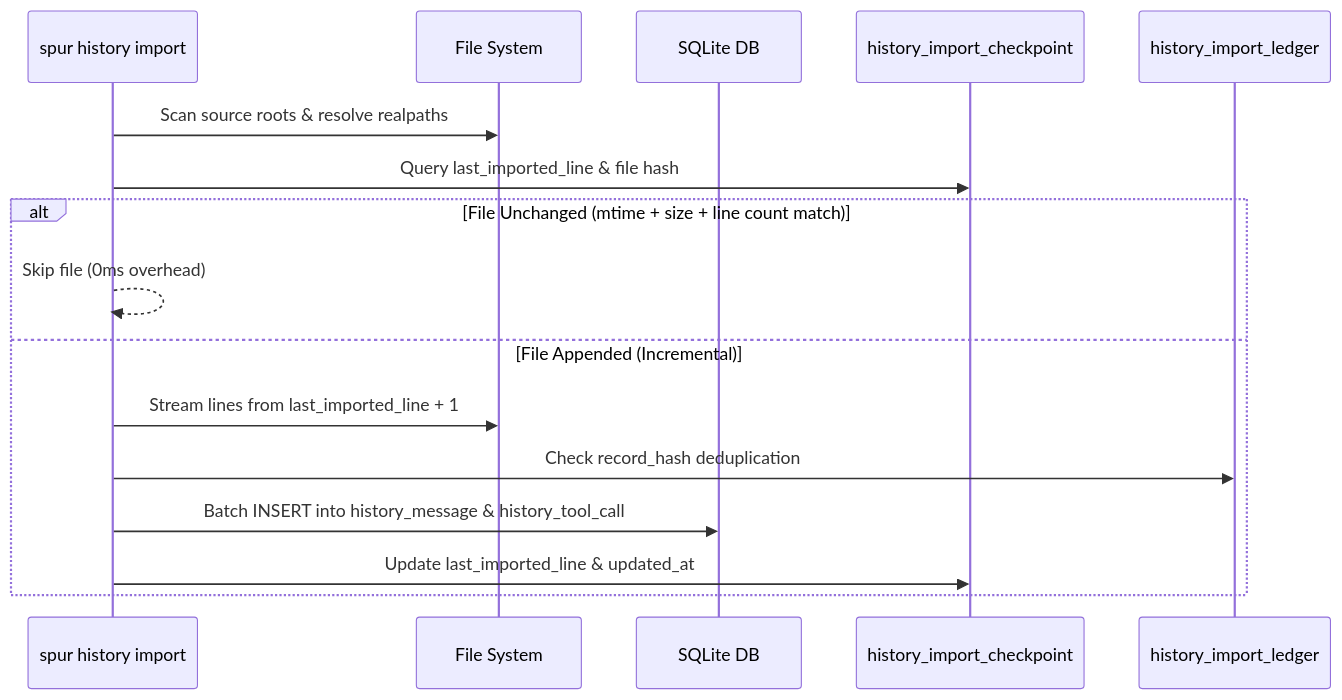
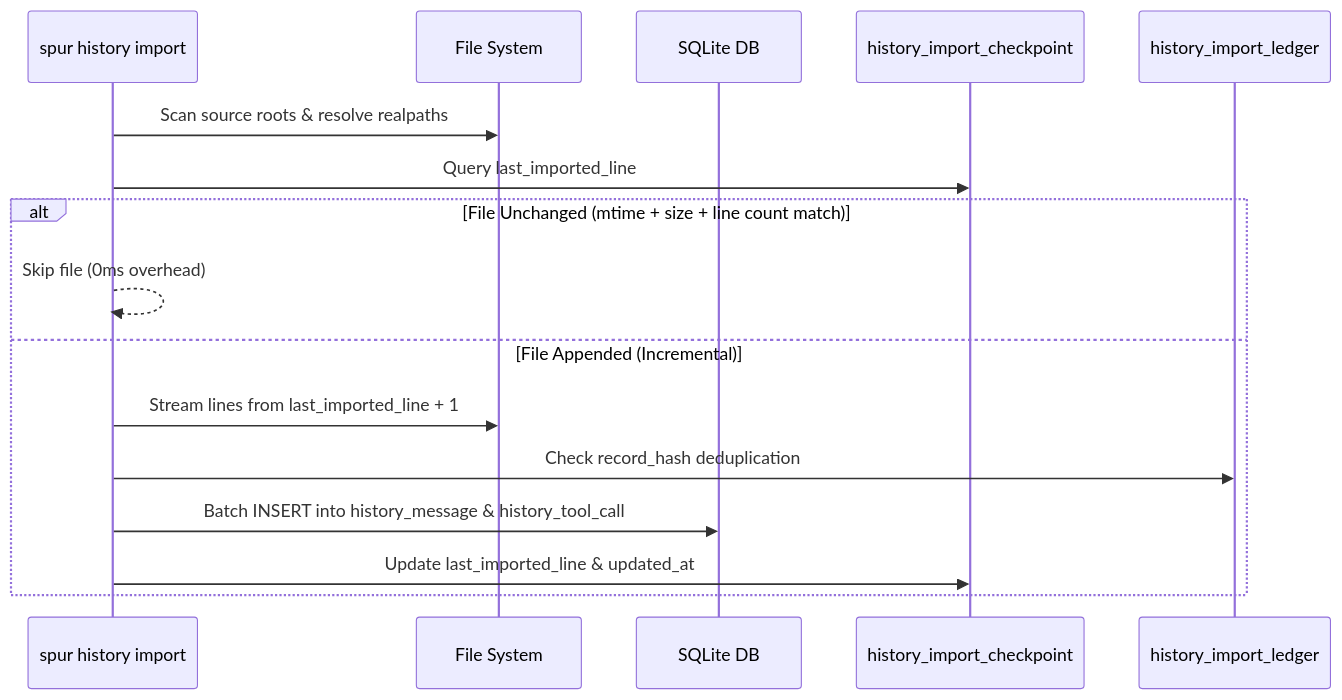
The second of 4 diagrams in docs/design/history-data-processing.md (gobing-ai/spur), drawn with Mermaid before and after one commit. The commit also changed other lines of this file and 8 other files, not shown here.

````diff
--- a/docs/design/history-data-processing.md
+++ b/docs/design/history-data-processing.md
@@ -78,19 +78,19 @@
 ```mermaid
 sequenceDiagram
     participant CLI as spur history import
     participant FS as File System
     participant DB as SQLite DB
     participant CK as history_import_checkpoint
     participant LD as history_import_ledger
 
     CLI->>FS: Scan source roots & resolve realpaths
-    CLI->>CK: Query last_imported_line & file hash
+    CLI->>CK: Query last_imported_line
     alt File Unchanged (mtime + size + line count match)
         CLI-->>CLI: Skip file (0ms overhead)
     else File Appended (Incremental)
         CLI->>FS: Stream lines from last_imported_line + 1
         CLI->>LD: Check record_hash deduplication
         CLI->>DB: Batch INSERT into history_message & history_tool_call
         CLI->>CK: Update last_imported_line & updated_at
     end
 ```
````
